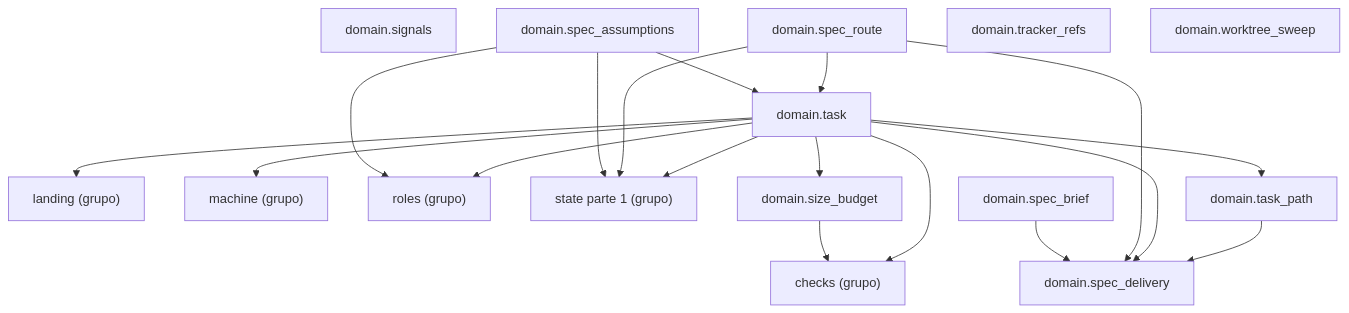
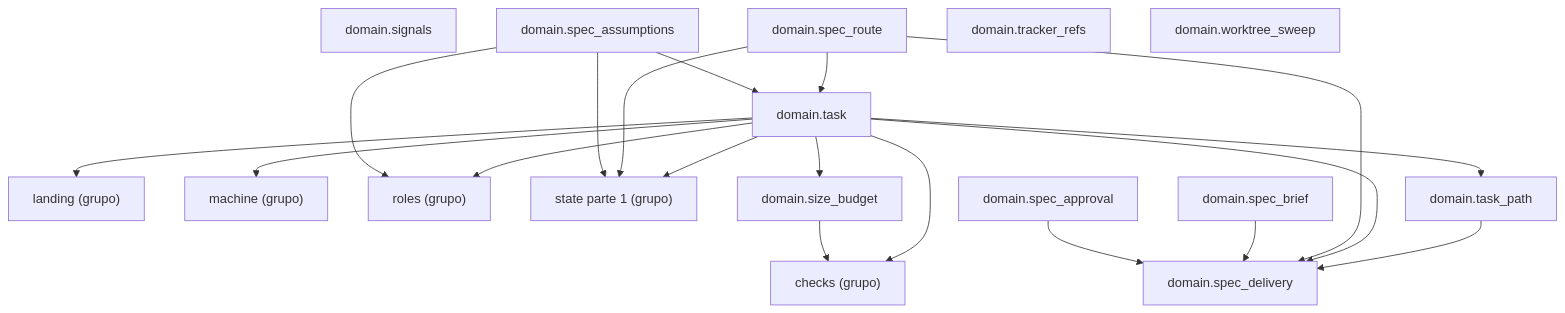
The diagram in docs/architecture/generated/packages-process-domain-state-2.md (GonzaloZevallos/agentic-system), drawn with Mermaid before and after one commit. The commit also changed 15 other files, not shown here.

First line of the commit message:
Add the pure owner-approval rules for the draft Spec

````diff
--- a/docs/architecture/generated/packages-process-domain-state-2.md
+++ b/docs/architecture/generated/packages-process-domain-state-2.md
@@ -12,35 +12,37 @@
 ```mermaid
 graph TD
     g_domain__checks["checks (grupo)"]
     g_domain__landing["landing (grupo)"]
     g_domain__machine["machine (grupo)"]
     g_domain__roles["roles (grupo)"]
     g_domain__state__1["state parte 1 (grupo)"]
     m_domain__signals["domain.signals"]
     m_domain__size_budget["domain.size_budget"]
+    m_domain__spec_approval["domain.spec_approval"]
     m_domain__spec_assumptions["domain.spec_assumptions"]
     m_domain__spec_brief["domain.spec_brief"]
     m_domain__spec_delivery["domain.spec_delivery"]
     m_domain__spec_route["domain.spec_route"]
     m_domain__task["domain.task"]
     m_domain__task_path["domain.task_path"]
     m_domain__tracker_refs["domain.tracker_refs"]
     m_domain__worktree_sweep["domain.worktree_sweep"]
     m_domain__size_budget --> g_domain__checks
+    m_domain__spec_approval --> m_domain__spec_delivery
     m_domain__spec_assumptions --> g_domain__roles
     m_domain__spec_assumptions --> g_domain__state__1
     m_domain__spec_assumptions --> m_domain__task
     m_domain__spec_brief --> m_domain__spec_delivery
     m_domain__spec_route --> g_domain__state__1
     m_domain__spec_route --> m_domain__spec_delivery
     m_domain__spec_route --> m_domain__task
     m_domain__task --> g_domain__checks
     m_domain__task --> g_domain__landing
     m_domain__task --> g_domain__machine
     m_domain__task --> g_domain__roles
     m_domain__task --> g_domain__state__1
     m_domain__task --> m_domain__size_budget
     m_domain__task --> m_domain__spec_delivery
     m_domain__task --> m_domain__task_path
     m_domain__task_path --> m_domain__spec_delivery
 ```
````
